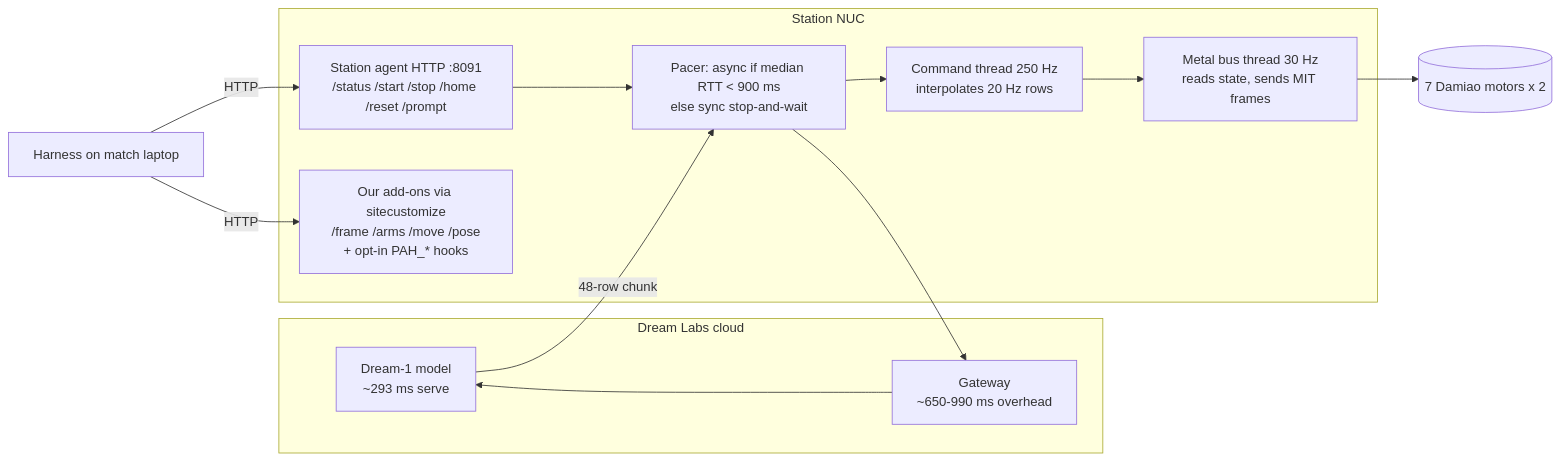
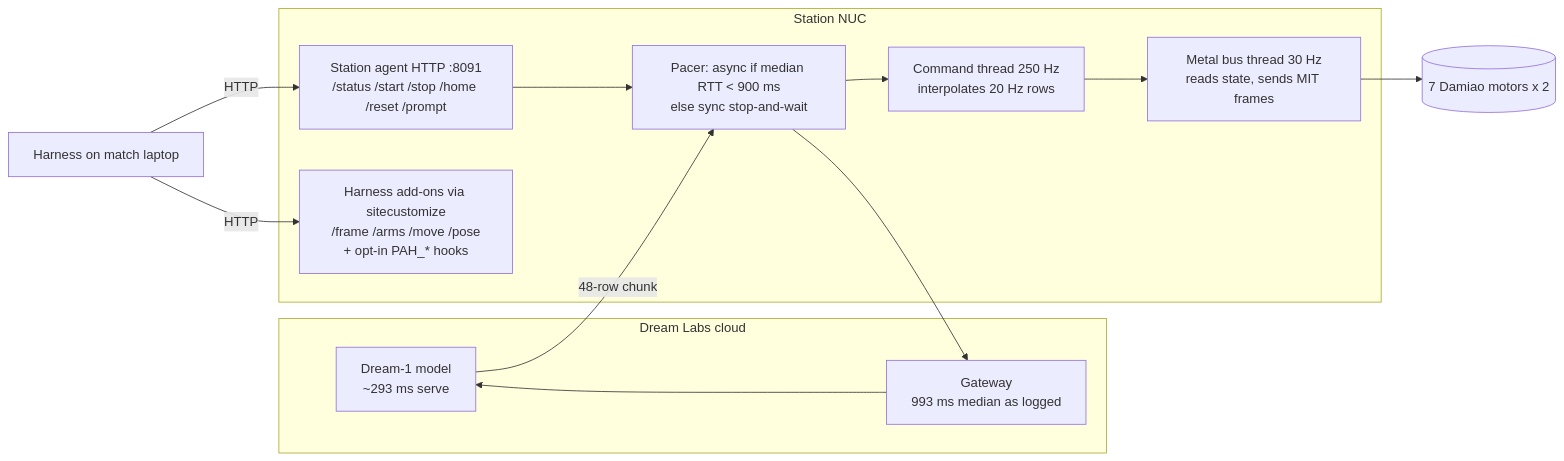
The diagram in docs/report/01_task_and_station.md (darshp848/hill-climb-harness), drawn with Mermaid before and after one commit. The commit also changed other lines of this file and 14 other files, not shown here.

````diff
--- a/docs/report/01_task_and_station.md
+++ b/docs/report/01_task_and_station.md
@@ -57,18 +57,18 @@
 ```mermaid
 flowchart LR
     subgraph Cloud[Dream Labs cloud]
       D1[Dream-1 model<br/>~293 ms serve]
-      GW[Gateway<br/>~650-990 ms overhead]
+      GW[Gateway<br/>993 ms median as logged]
     end
     subgraph NUC[Station NUC]
       AG[Station agent HTTP :8091<br/>/status /start /stop /home /reset /prompt]
-      ADD[Our add-ons via sitecustomize<br/>/frame /arms /move /pose<br/>+ opt-in PAH_* hooks]
+      ADD[Harness add-ons via sitecustomize<br/>/frame /arms /move /pose<br/>+ opt-in PAH_* hooks]
       PACE[Pacer: async if median RTT < 900 ms<br/>else sync stop-and-wait]
       CMD[Command thread 250 Hz<br/>interpolates 20 Hz rows]
       BUS[Metal bus thread 30 Hz<br/>reads state, sends MIT frames]
     end
     H[Harness on match laptop] -- HTTP --> AG
     H -- HTTP --> ADD
     AG --> PACE --> GW --> D1
     D1 -- 48-row chunk --> PACE --> CMD --> BUS --> M[(7 Damiao motors x 2)]
 ```
````
